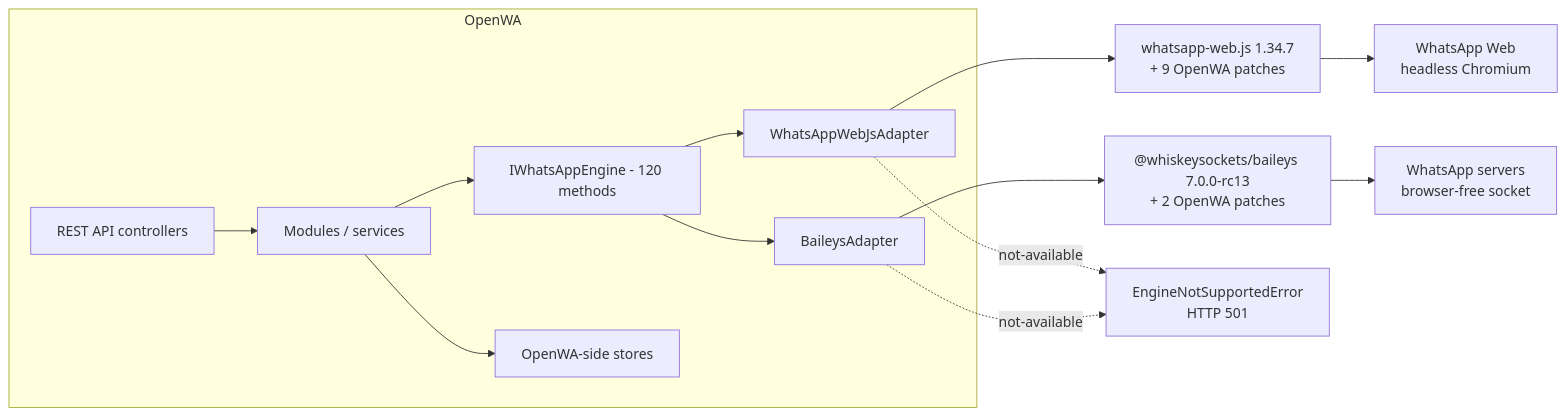
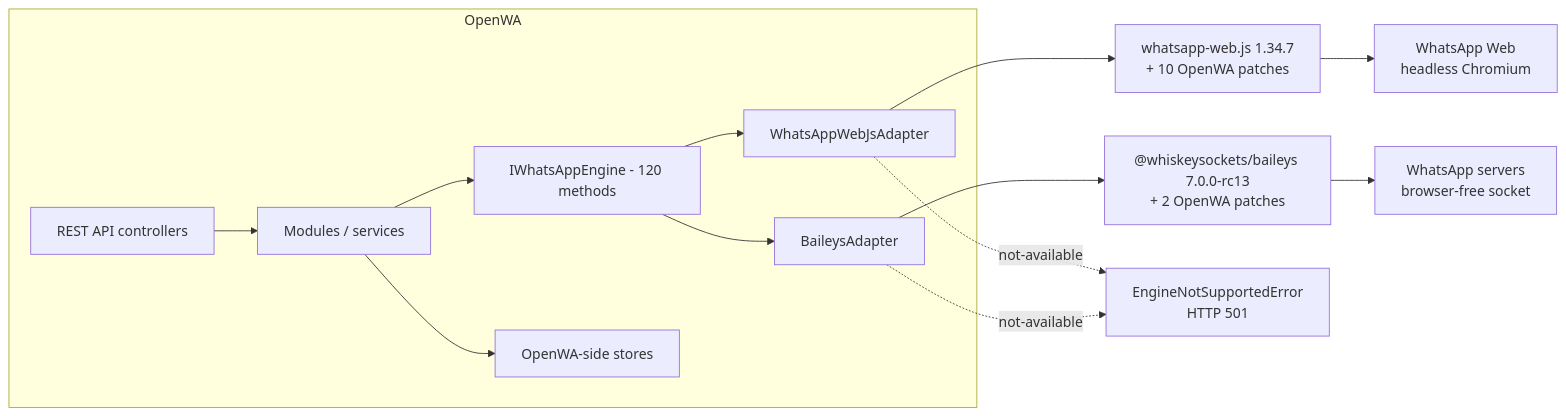
The first of 2 diagrams in docs/29-engine-capability-matrix.md (purnamcommunity/OpenWA), drawn with Mermaid before and after one commit. The commit also changed other lines of this file and 7 other files, not shown here.

````diff
--- a/docs/29-engine-capability-matrix.md
+++ b/docs/29-engine-capability-matrix.md
@@ -43,16 +43,16 @@
 ```mermaid
 flowchart LR
     subgraph OpenWA["OpenWA"]
         API["REST API controllers"] --> SVC["Modules / services"]
         SVC --> IF["IWhatsAppEngine - 120 methods"]
         IF --> WA["WhatsAppWebJsAdapter"]
         IF --> BA["BaileysAdapter"]
         SVC --> STORE["OpenWA-side stores"]
     end
-    WA --> WLIB["whatsapp-web.js 1.34.7<br/>+ 9 OpenWA patches"]
+    WA --> WLIB["whatsapp-web.js 1.34.7<br/>+ 10 OpenWA patches"]
     BA --> BLIB["@whiskeysockets/baileys 7.0.0-rc13<br/>+ 2 OpenWA patches"]
     WLIB --> WEB["WhatsApp Web<br/>headless Chromium"]
     BLIB --> WAS["WhatsApp servers<br/>browser-free socket"]
     WA -.->|"not-available"| E["EngineNotSupportedError<br/>HTTP 501"]
     BA -.->|"not-available"| E
 ```
````
